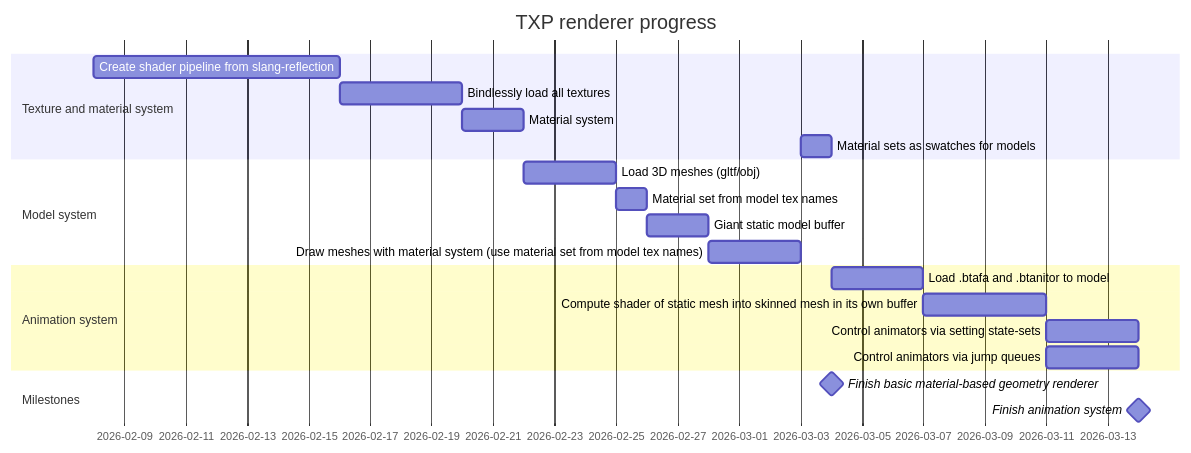
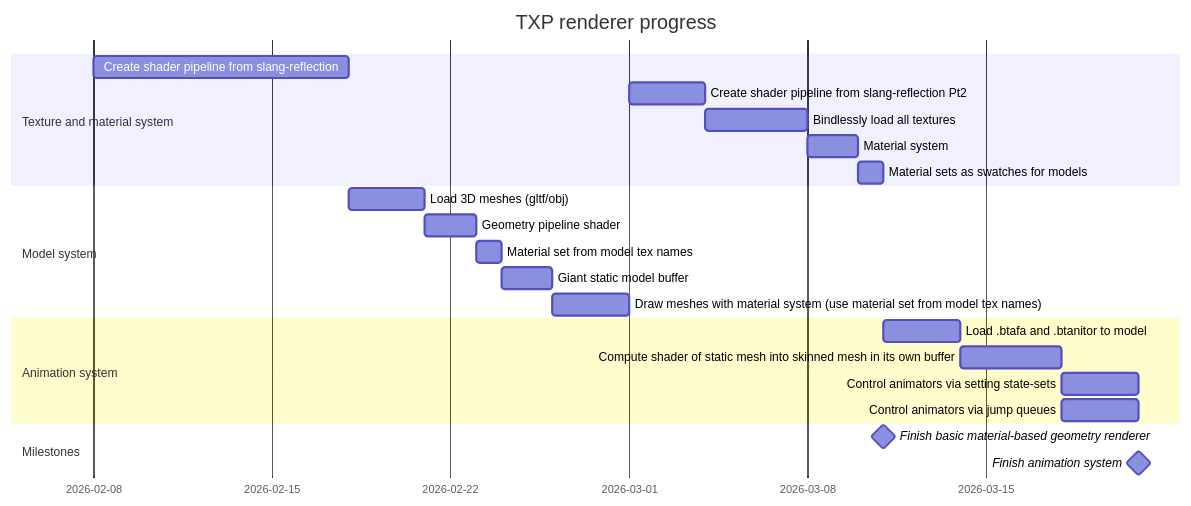
One commit to TheaGal/TXP_renderer changed the first of 2 diagrams in README.md. Above: the diagram before and after it, drawn with Mermaid. The commit also changed 1 other file, not shown here.

Commit message:
updates plans to work on geometry shader

````diff
--- a/README.md
+++ b/README.md
@@ -76,23 +76,25 @@
 ```mermaid
 gantt
     title TXP renderer progress
     dateFormat YYYY/MM/DD
     section Texture and material system
-        Create shader pipeline from slang-reflection  : a1, 2026/02/08, 8d
-        Bindlessly load all textures          : a2, after a1, 4d
+        Create shader pipeline from slang-reflection  : a1, 2026/02/08, 10d
+        Create shader pipeline from slang-reflection Pt2  : a1_1, after a8, 3d
+        Bindlessly load all textures          : a2, after a1_1, 4d
         Material system                       : a3, after a2, 2d
-        Material sets as swatches for models  : a4, after a8, 1d
+        Material sets as swatches for models  : a4, after a3, 1d
     section Model system
-        Load 3D meshes (gltf/obj)         : a5, after a3, 3d
-        Material set from model tex names : a6, after a5, 1d
+        Load 3D meshes (gltf/obj)         : a5, after a1, 3d
+        Geometry pipeline shader          : a5_1, after a5, 2d
+        Material set from model tex names : a6, after a5_1, 1d
         Giant static model buffer         : a7, after a6, 2d
         Draw meshes with material system (use material set from model tex names)  : a8, after a7, 3d
     section Animation system
         Load .btafa and .btanitor to model : a9, after m1, 3d
         Compute shader of static mesh into skinned mesh in its own buffer : a10, after a9, 4d
         Control animators via setting state-sets : a11, after a10, 3d
         Control animators via jump queues : a12, after a10, 3d
     section Milestones
         Finish basic material-based geometry renderer : milestone, m1, after a4, 0d
         Finish animation system : milestone, m2, after a12, 0d
 ```
````
